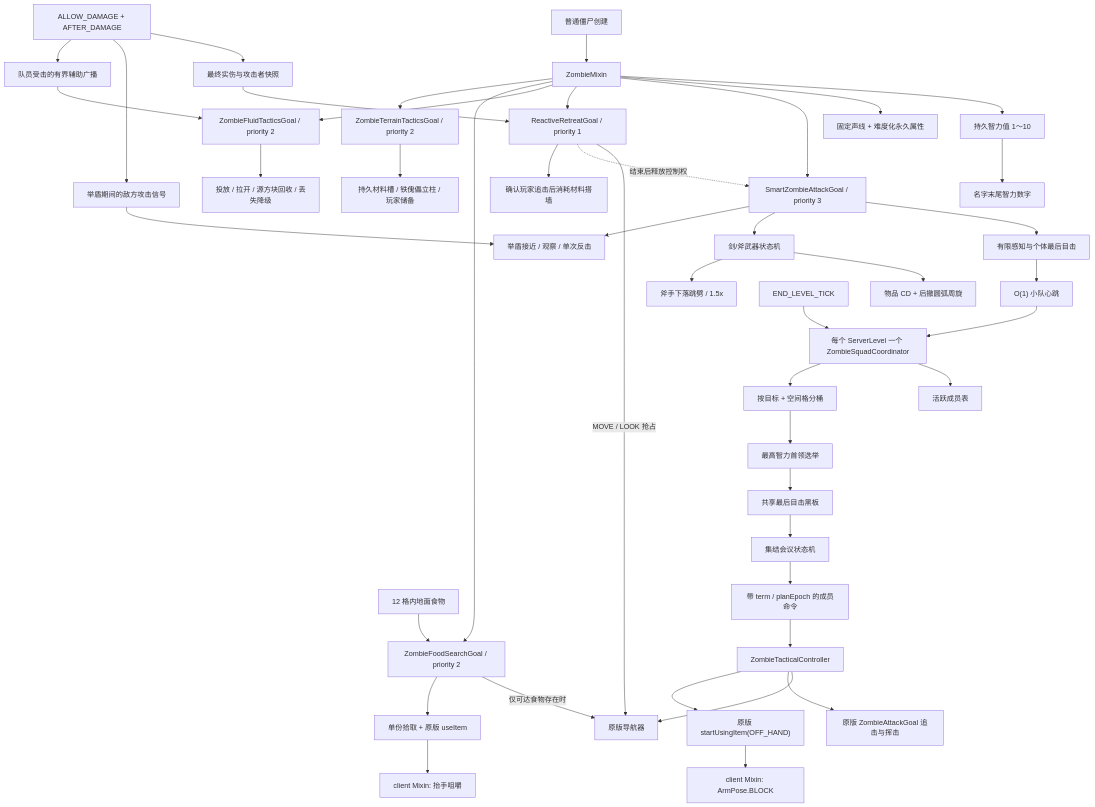
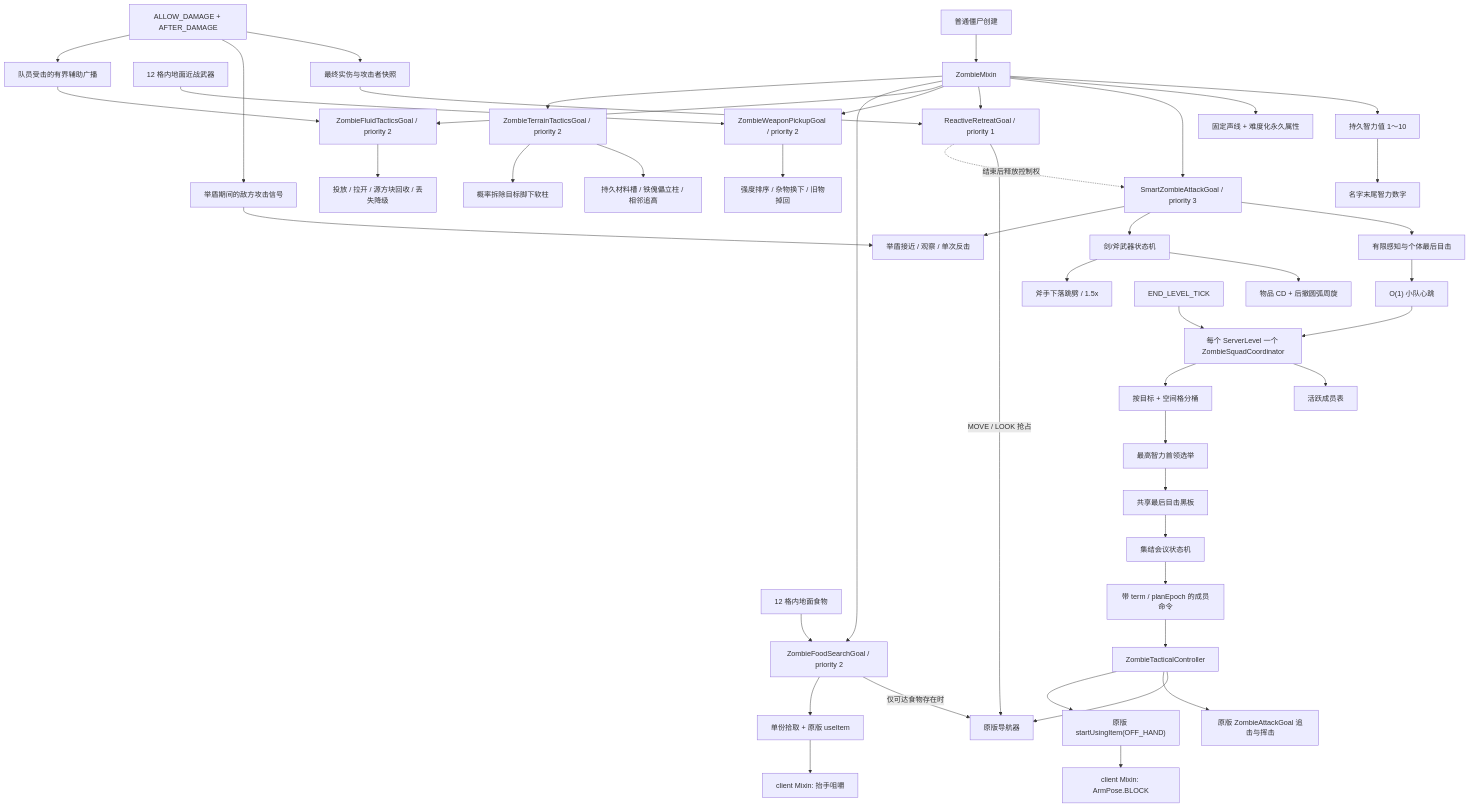
The first of 2 diagrams in ARCHITECTURE_PROPOSAL.md (WJZ-P/MobsThinkNow), drawn with Mermaid before and after one commit. The commit also changed other lines of this file and 8 other files, not shown here.

Commit message:
feat: improve elevated zombie tactics and weapon pickup

````diff
--- a/ARCHITECTURE_PROPOSAL.md
+++ b/ARCHITECTURE_PROPOSAL.md
@@ -17,49 +17,52 @@
 ```mermaid
 flowchart TD
     Spawn["普通僵尸创建"] --> Mixin["ZombieMixin"]
     Mixin --> Intelligence["持久智力值 1～10"]
     Intelligence --> NameTag["名字末尾智力数字"]
     Mixin --> Traits["固定声线 + 难度化永久属性"]
     Mixin --> AttackGoal["SmartZombieAttackGoal / priority 3"]
     Mixin --> RetreatGoal["ReactiveRetreatGoal / priority 1"]
+    Mixin --> WeaponPickupGoal["ZombieWeaponPickupGoal / priority 2"]
     Mixin --> FluidGoal["ZombieFluidTacticsGoal / priority 2"]
     Mixin --> FoodGoal["ZombieFoodSearchGoal / priority 2"]
     Mixin --> TerrainGoal["ZombieTerrainTacticsGoal / priority 2"]
     GroundFood["12 格内地面食物"] --> FoodGoal
+    GroundWeapon["12 格内地面近战武器"] --> WeaponPickupGoal
     DamageEvents["ALLOW_DAMAGE + AFTER_DAMAGE"] --> RetreatMemory["最终实伤与攻击者快照"]
     RetreatMemory --> RetreatGoal
     DamageEvents --> ShieldMemory["举盾期间的敌方攻击信号"]
     DamageEvents --> FluidAlert["队员受击的有界辅助广播"]
     FluidAlert --> FluidGoal
 
     AttackGoal --> Observe["有限感知与个体最后目击"]
     AttackGoal --> WeaponCombat["剑/斧武器状态机"]
     AttackGoal --> ShieldCombat["举盾接近 / 观察 / 单次反击"]
     ShieldMemory --> ShieldCombat
     WeaponCombat --> CooldownOrbit["物品 CD + 后撤圆弧周旋"]
     WeaponCombat --> AxeLeap["斧手下落跳劈 / 1.5x"]
     Observe --> Heartbeat["O(1) 小队心跳"]
     Heartbeat --> Coordinator["每个 ServerLevel 一个 ZombieSquadCoordinator"]
 
     Tick["END_LEVEL_TICK"] --> Coordinator
     Coordinator --> Registry["活跃成员表"]
     Coordinator --> Spatial["按目标 + 空间格分桶"]
     Spatial --> Election["最高智力首领选举"]
     Election --> Blackboard["共享最后目击黑板"]
     Blackboard --> StateMachine["集结会议状态机"]
     StateMachine --> Orders["带 term / planEpoch 的成员命令"]
 
     Orders --> Controller["ZombieTacticalController"]
     Controller --> Navigation["原版导航器"]
     Controller --> Melee["原版 ZombieAttackGoal 追击与挥击"]
     Controller --> ShieldUse["原版 startUsingItem(OFF_HAND)"]
     ShieldUse --> ShieldPose["client Mixin: ArmPose.BLOCK"]
     RetreatGoal -->|"MOVE / LOOK 抢占"| Navigation
     RetreatGoal -.->|"结束后释放控制权"| AttackGoal
-    RetreatGoal --> Barrier["确认玩家追击后消耗材料搭墙"]
-    TerrainGoal --> BuilderInventory["持久材料槽 / 铁傀儡立柱 / 玩家储备"]
+    WeaponPickupGoal --> WeaponSwap["强度排序 / 杂物换下 / 旧物掉回"]
+    TerrainGoal --> BuilderInventory["持久材料槽 / 铁傀儡立柱 / 相邻追高"]
+    TerrainGoal --> Undermine["概率拆除目标脚下软柱"]
     FluidGoal --> FluidTransaction["投放 / 拉开 / 源方块回收 / 丢失降级"]
     FoodGoal -->|"仅可达食物存在时"| Navigation
     FoodGoal --> FoodUse["单份拾取 + 原版 useItem"]
     FoodUse --> FoodPose["client Mixin: 抬手咀嚼"]
 ```
````
